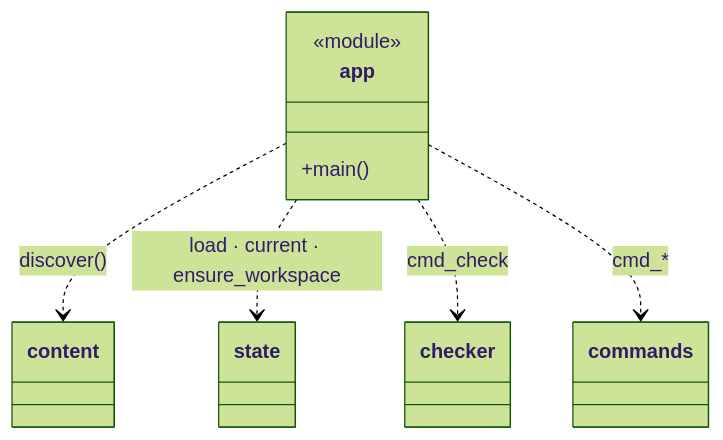
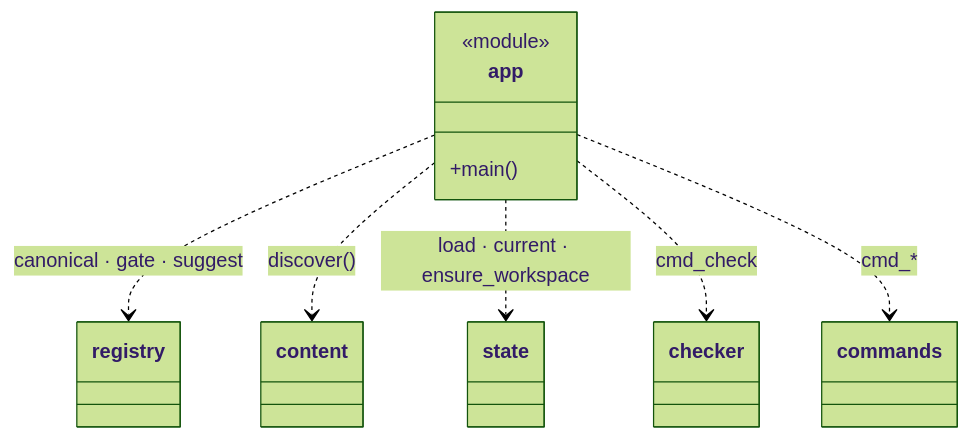
Before and after one commit to N041M/PyQuest: the second of 9 diagrams in docs/architecture/engine-core.md, drawn with Mermaid (forest theme). The commit also changed other lines of this file and 7 other files, not shown here.

````diff
--- a/docs/architecture/engine-core.md
+++ b/docs/architecture/engine-core.md
@@ -39,11 +42,12 @@
 ```mermaid
 classDiagram
     class app {
         <<module>>
         +main()
     }
+    app ..> registry : canonical · gate · suggest
     app ..> content : discover()
     app ..> state : load · current · ensure_workspace
     app ..> checker : cmd_check
     app ..> commands : cmd_*
 ```
````
